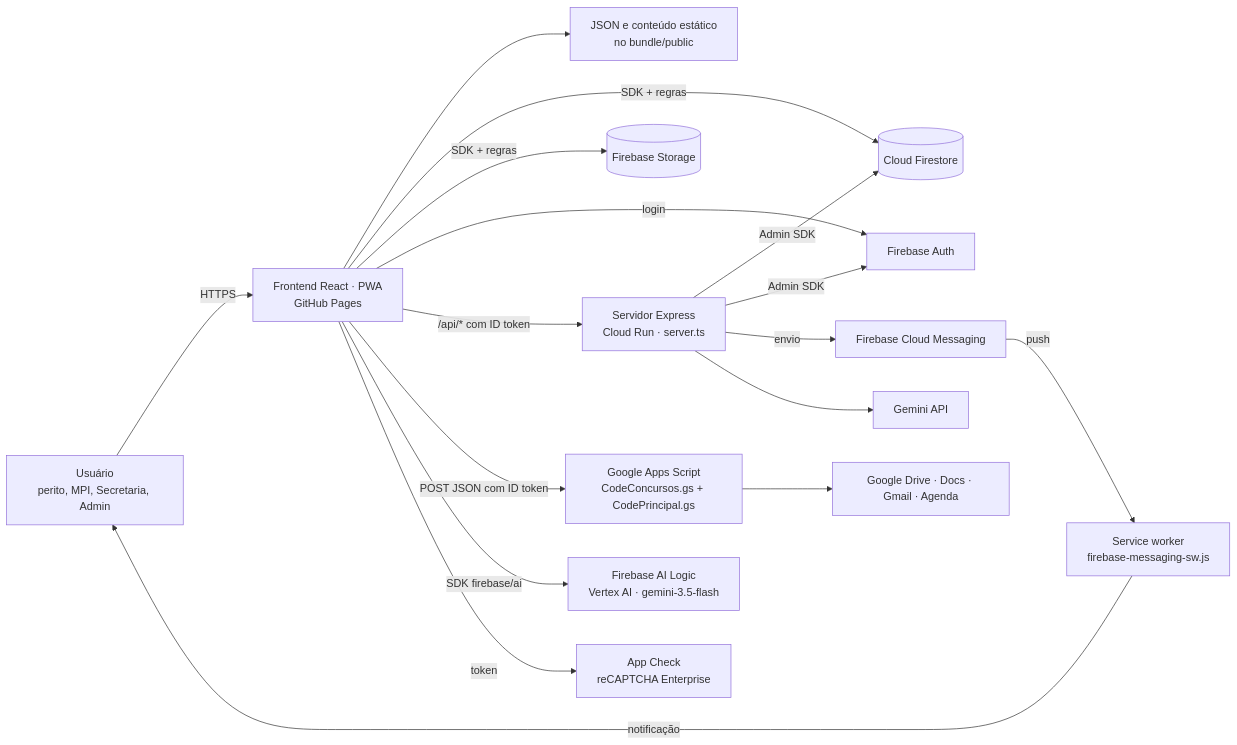
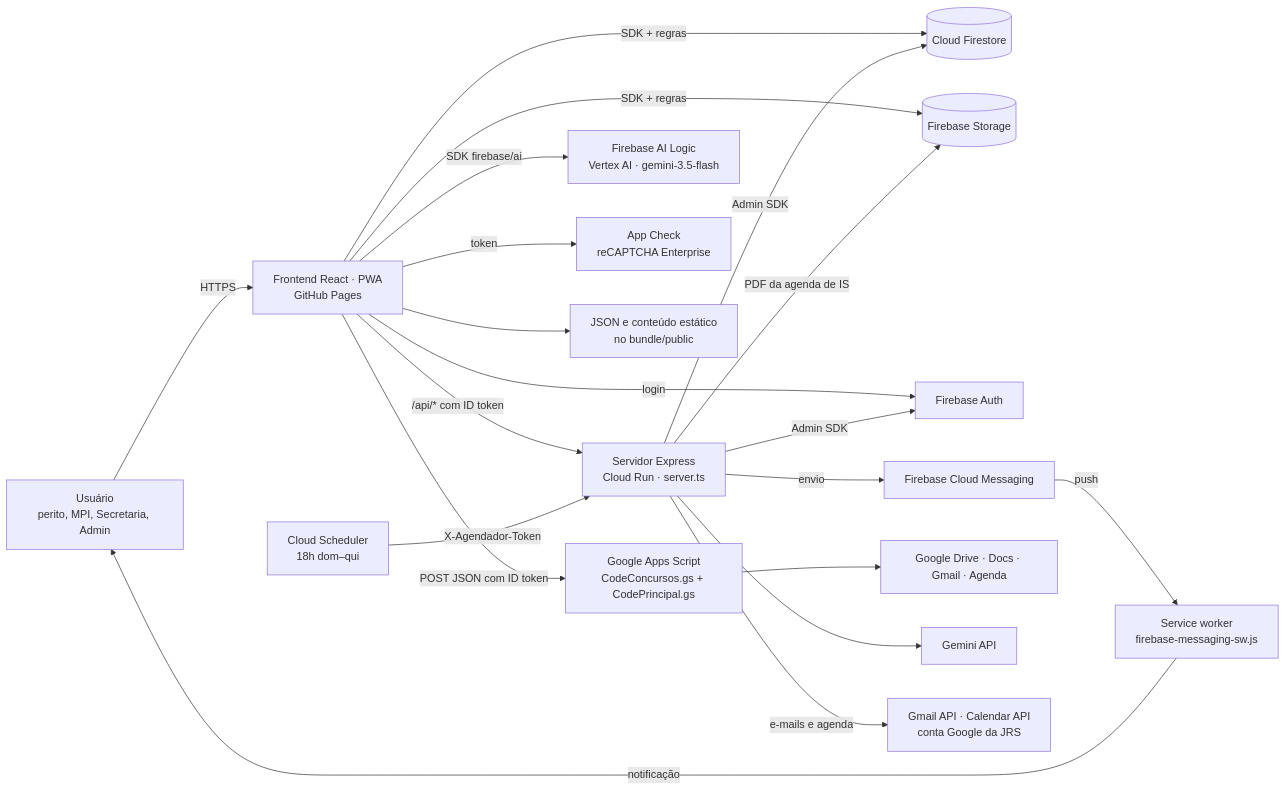
Before and after one commit to Mauriston/DoencasEPareceresJRS: the first of 4 diagrams in docs/architecture.md, drawn with Mermaid. The commit also changed other lines of this file and 22 other files, not shown here.

````diff
--- a/docs/architecture.md
+++ b/docs/architecture.md
@@ -25,34 +25,39 @@
 ```mermaid
 flowchart LR
     U[Usuário<br/>perito, MPI, Secretaria, Admin]
     FE[Frontend React · PWA<br/>GitHub Pages]
     SW[Service worker<br/>firebase-messaging-sw.js]
     RUN[Servidor Express<br/>Cloud Run · server.ts]
     GAS[Google Apps Script<br/>CodeConcursos.gs + CodePrincipal.gs]
     FS[(Cloud Firestore)]
     ST[(Firebase Storage)]
     AUTH[Firebase Auth]
     FCM[Firebase Cloud Messaging]
     GW[Google Drive · Docs · Gmail · Agenda]
     GEMINI[Gemini API]
     AIL[Firebase AI Logic<br/>Vertex AI · gemini-3.5-flash]
     APPCHECK[App Check<br/>reCAPTCHA Enterprise]
     STATIC[JSON e conteúdo estático<br/>no bundle/public]
+    SCHED[Cloud Scheduler<br/>18h dom–qui]
+    GMAIL[Gmail API · Calendar API<br/>conta Google da JRS]
 
     U -->|HTTPS| FE
     FE --> STATIC
     FE -->|SDK + regras| FS
     FE -->|SDK + regras| ST
     FE -->|login| AUTH
     FE -->|/api/* com ID token| RUN
     FE -->|POST JSON com ID token| GAS
     FE -->|SDK firebase/ai| AIL
     FE -->|token| APPCHECK
     RUN -->|Admin SDK| FS
     RUN -->|Admin SDK| AUTH
     RUN -->|envio| FCM
     RUN --> GEMINI
+    SCHED -->|X-Agendador-Token| RUN
+    RUN -->|e-mails e agenda| GMAIL
+    RUN -->|PDF da agenda de IS| ST
     FCM -->|push| SW
     SW -->|notificação| U
     GAS --> GW
 ```
````
